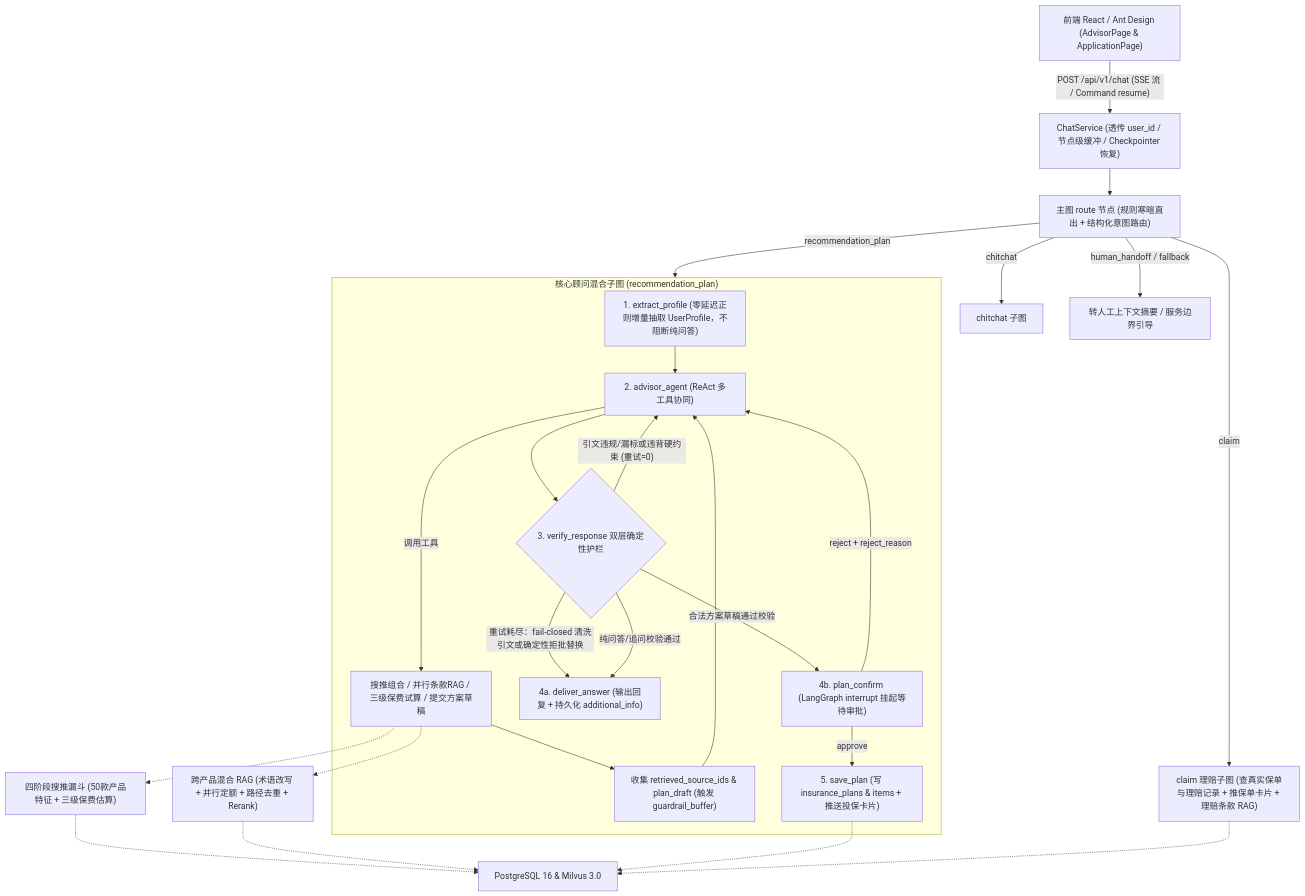
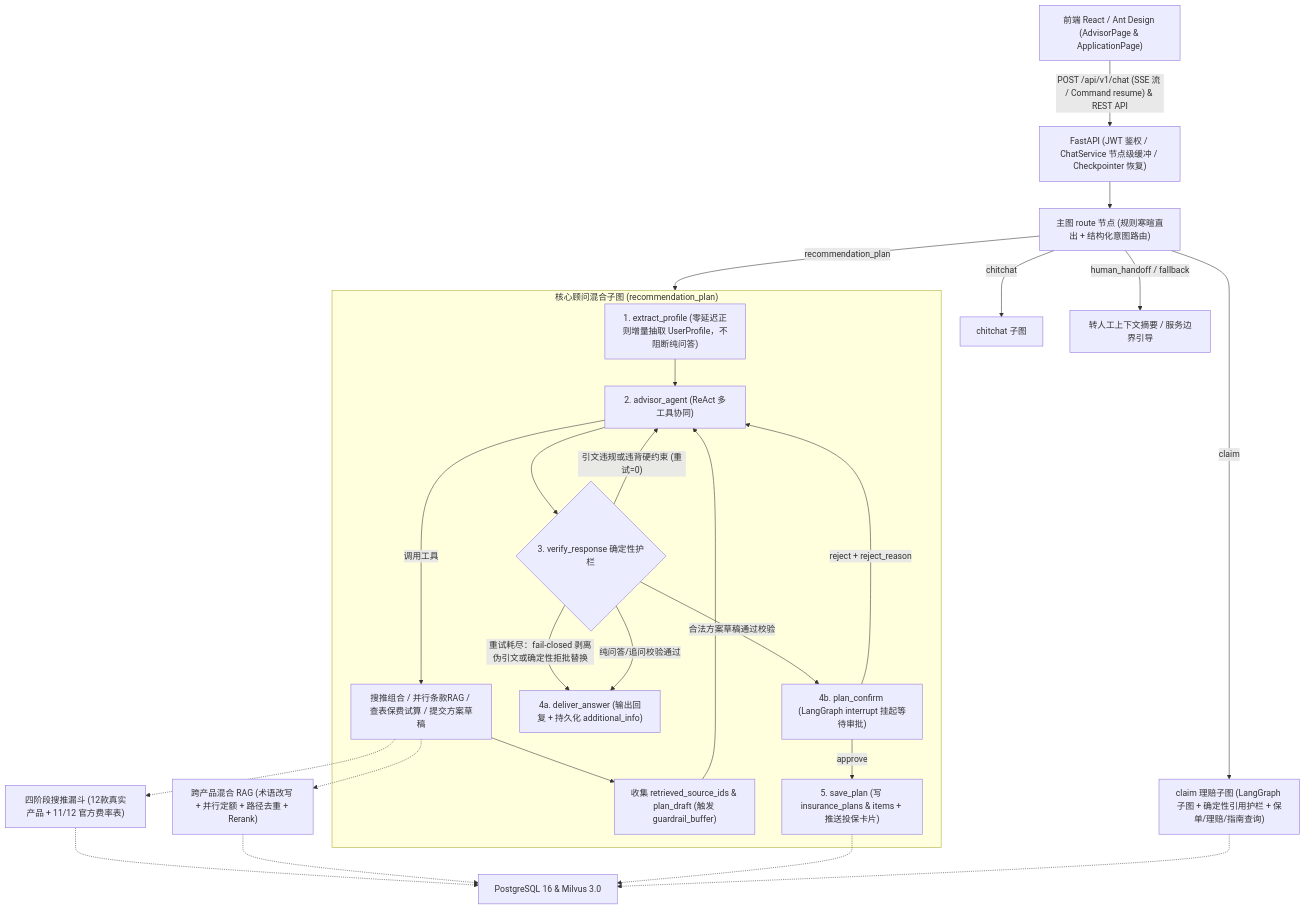
Before and after one commit to zhuo886/Insurance-Copilot: the diagram in README.md, drawn with Mermaid. The commit also changed other lines of this file and 109 other files, not shown here.

````diff
--- a/README.md
+++ b/README.md
@@ -11,32 +11,32 @@
 ```mermaid
 flowchart TD
-    Client["前端 React / Ant Design (AdvisorPage & ApplicationPage)"] -->|"POST /api/v1/chat (SSE 流 / Command resume)"| ChatAPI["ChatService (透传 user_id / 节点级缓冲 / Checkpointer 恢复)"]
+    Client["前端 React / Ant Design (AdvisorPage & ApplicationPage)"] -->|"POST /api/v1/chat (SSE 流 / Command resume) & REST API"| ChatAPI["FastAPI (JWT 鉴权 / ChatService 节点级缓冲 / Checkpointer 恢复)"]
     ChatAPI --> Route["主图 route 节点 (规则寒暄直出 + 结构化意图路由)"]
 
     Route -->|chitchat| Chitchat["chitchat 子图"]
     Route -->|human_handoff / fallback| Handoff["转人工上下文摘要 / 服务边界引导"]
-    Route -->|claim| Claim["claim 理赔子图 (查真实保单与理赔记录 + 推保单卡片 + 理赔条款 RAG)"]
+    Route -->|claim| Claim["claim 理赔子图 (LangGraph 子图 + 确定性引用护栏 + 保单/理赔/指南查询)"]
     Route -->|recommendation_plan| AdvisorSubgraph
 
     subgraph AdvisorSubgraph ["核心顾问混合子图 (recommendation_plan)"]
         Extract["1. extract_profile (零延迟正则增量抽取 UserProfile，不阻断纯问答)"]
         Extract --> Agent["2. advisor_agent (ReAct 多工具协同)"]
-        Agent -->|"调用工具"| Tools["搜推组合 / 并行条款RAG / 三级保费试算 / 提交方案草稿"]
+        Agent -->|"调用工具"| Tools["搜推组合 / 并行条款RAG / 查表保费试算 / 提交方案草稿"]
         Tools --> Collect["收集 retrieved_source_ids & plan_draft (触发 guardrail_buffer)"]
         Collect --> Agent
-        Agent --> Verify{"3. verify_response 双层确定性护栏"}
-        Verify -->|"引文违规/漏标或违背硬约束 (重试=0)"| Agent
-        Verify -->|"重试耗尽：fail-closed 清洗引文或确定性拒批替换"| Deliver["4a. deliver_answer (输出回复 + 持久化 additional_info)"]
+        Agent --> Verify{"3. verify_response 确定性护栏"}
+        Verify -->|"引文违规或违背硬约束 (重试=0)"| Agent
+        Verify -->|"重试耗尽：fail-closed 剥离伪引文或确定性拒批替换"| Deliver["4a. deliver_answer (输出回复 + 持久化 additional_info)"]
         Verify -->|"纯问答/追问校验通过"| Deliver
         Verify -->|"合法方案草稿通过校验"| Confirm["4b. plan_confirm (LangGraph interrupt 挂起等待审批)"]
         Confirm -->|approve| SavePlan["5. save_plan (写 insurance_plans & items + 推送投保卡片)"]
         Confirm -->|"reject + reject_reason"| Agent
     end
 
-    Tools -.-> RecSys["四阶段搜推漏斗 (50款产品特征 + 三级保费估算)"]
+    Tools -.-> RecSys["四阶段搜推漏斗 (12款真实产品 + 11/12 官方费率表)"]
     Tools -.-> RAG["跨产品混合 RAG (术语改写 + 并行定额 + 路径去重 + Rerank)"]
     RecSys -.-> PG["PostgreSQL 16 & Milvus 3.0"]
     RAG -.-> PG
     SavePlan -.-> PG
     Claim -.-> PG
 ```
````
